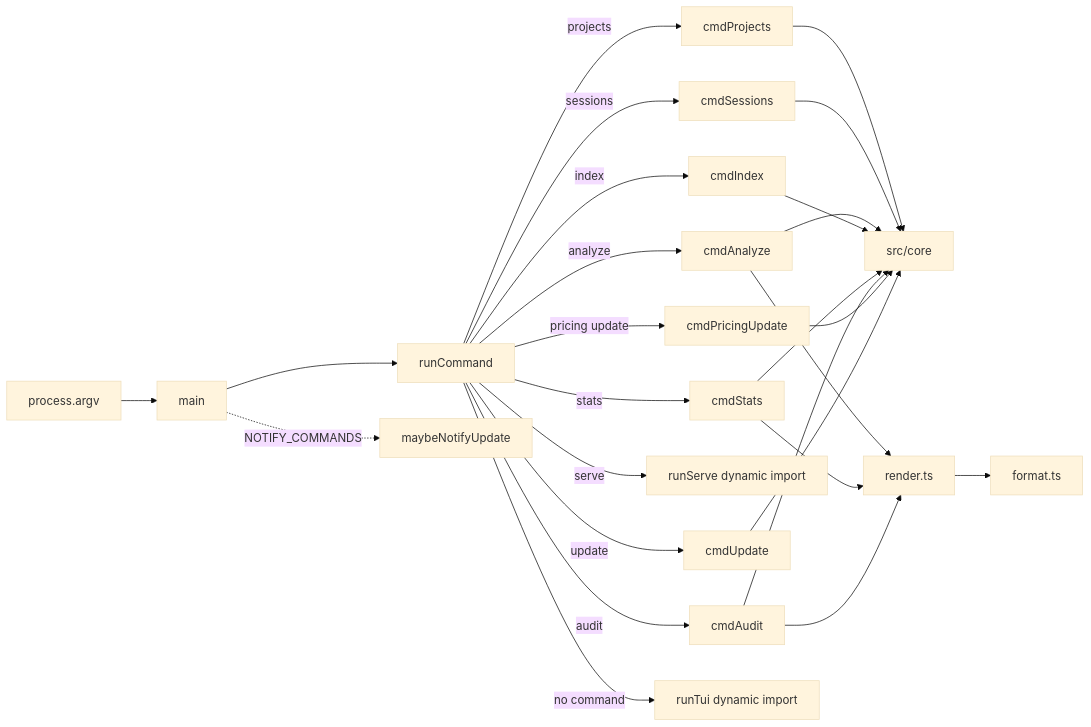
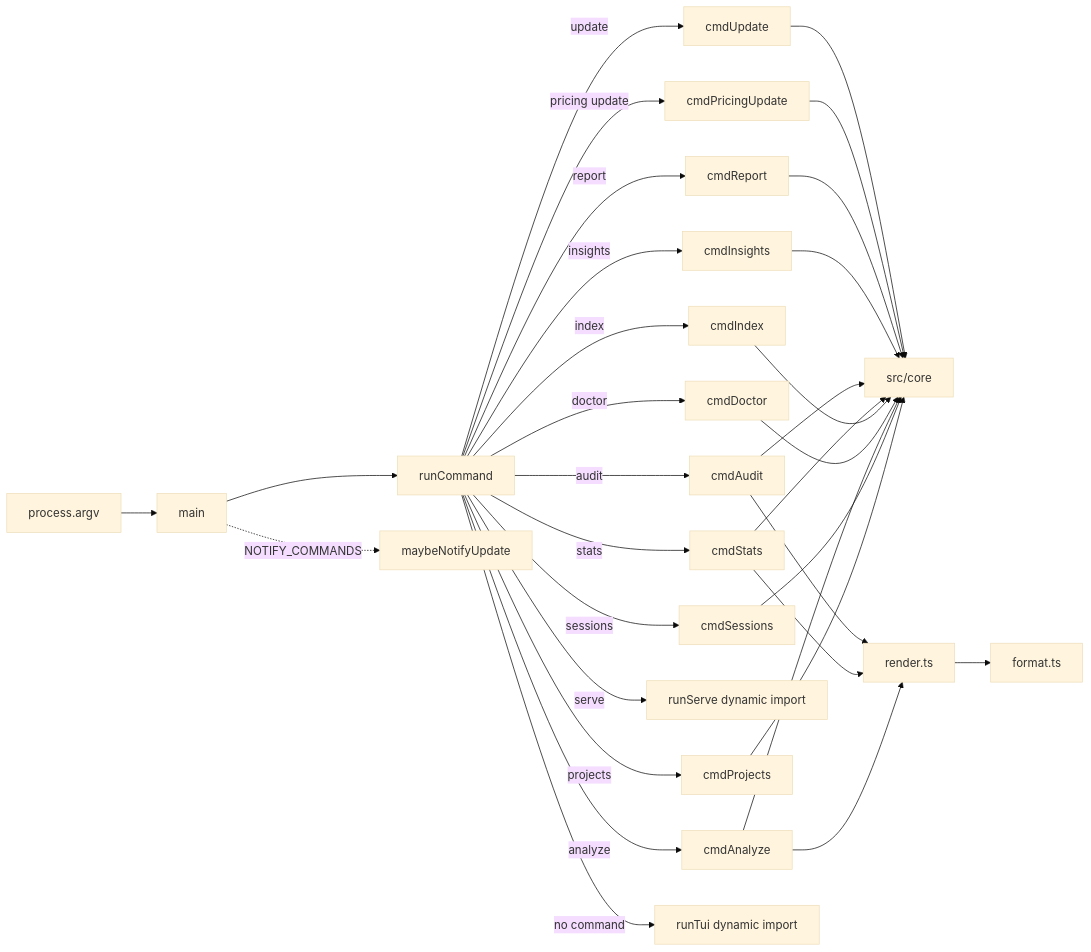
One commit to yorch/cc-analyzer changed the diagram in wiki/3-cli.md. Above: the diagram before and after it, drawn with Mermaid (base theme). The commit also changed other lines of this file and 14 other files, not shown here.

````diff
--- a/wiki/3-cli.md
+++ b/wiki/3-cli.md
@@ -19,22 +19,25 @@
 ```mermaid
 flowchart LR
     argv[process.argv] --> main
     main --> runCommand
     runCommand -->|projects| cmdProjects
     runCommand -->|sessions| cmdSessions
     runCommand -->|analyze| cmdAnalyze
+    runCommand -->|doctor| cmdDoctor
     runCommand -->|index| cmdIndex
     runCommand -->|stats| cmdStats
     runCommand -->|audit| cmdAudit
+    runCommand -->|insights| cmdInsights
+    runCommand -->|report| cmdReport
     runCommand -->|serve| runServe[runServe dynamic import]
     runCommand -->|pricing update| cmdPricingUpdate
     runCommand -->|update| cmdUpdate
     runCommand -->|no command| runTui[runTui dynamic import]
     main -.NOTIFY_COMMANDS.-> maybeNotifyUpdate
 
-    cmdProjects & cmdSessions & cmdAnalyze & cmdIndex & cmdStats & cmdAudit & cmdPricingUpdate & cmdUpdate --> core[src/core]
+    cmdProjects & cmdSessions & cmdAnalyze & cmdDoctor & cmdIndex & cmdStats & cmdAudit & cmdInsights & cmdReport & cmdPricingUpdate & cmdUpdate --> core[src/core]
     cmdAnalyze --> render[render.ts]
     cmdStats --> render
     cmdAudit --> render
     render --> format[format.ts]
 ```
````
